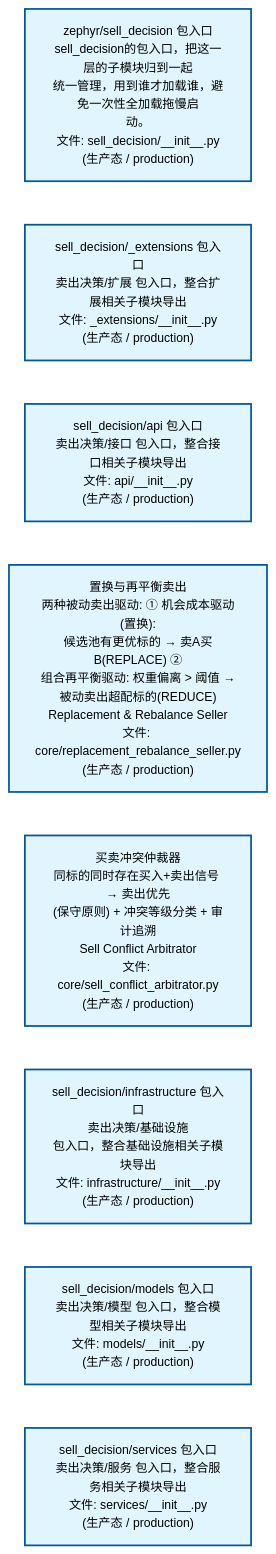
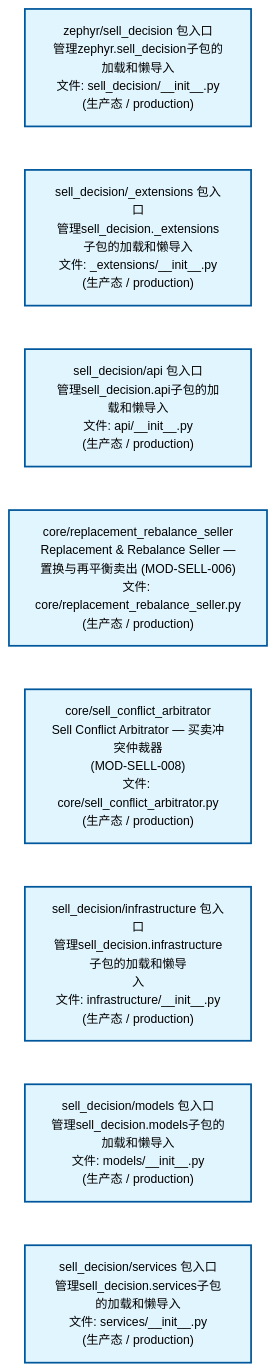
The second of 4 diagrams in docs/02_enterprise_architecture/02_domain_architecture_docs/67_d_sell_decision.md (xuanFelixVan/ZephyrAlpha), drawn with Mermaid before and after one commit. The commit also changed other lines of this file and 50 other files, not shown here.

````diff
--- a/docs/02_enterprise_architecture/02_domain_architecture_docs/67_d_sell_decision.md
+++ b/docs/02_enterprise_architecture/02_domain_architecture_docs/67_d_sell_decision.md
@@ -142,24 +142,24 @@
 ```mermaid
 %%{init: {'theme': 'base', 'themeVariables': {'primaryColor': '#eaeaea', 'primaryTextColor': '#333333', 'primaryBorderColor': '#666666', 'lineColor': '#666666', 'secondaryColor': '#eaeaea', 'tertiaryColor': '#eaeaea', 'fontSize': '14px'}}}%%
 flowchart TD
-    src_zephyr_sell_decision_init_py["zephyr/sell_decision 包入口<br/>sell_decision的包入口，把这一层的子模块归到一起<br/>统一管理，用到谁才加载谁，避免一次性全加载拖慢启<br/>动。<br/>文件: sell_decision/__init__.py<br/>(生产态 / production)"]
-    src_zephyr_sell_decision_extensions_init_py["sell_decision/_extensions 包入口<br/>卖出决策/扩展 包入口，整合扩展相关子模块导出<br/>文件: _extensions/__init__.py<br/>(生产态 / production)"]
-    src_zephyr_sell_decision_api_init_py["sell_decision/api 包入口<br/>卖出决策/接口 包入口，整合接口相关子模块导出<br/>文件: api/__init__.py<br/>(生产态 / production)"]
-    src_zephyr_sell_decision_core_replacement_rebalance_seller_py["置换与再平衡卖出<br/>两种被动卖出驱动: ① 机会成本驱动(置换):<br/>候选池有更优标的 → 卖A买B(REPLACE) ②<br/>组合再平衡驱动: 权重偏离 > 阈值 →<br/>被动卖出超配标的(REDUCE)<br/>Replacement & Rebalance Seller<br/>文件: core/replacement_rebalance_seller.py<br/>(生产态 / production)"]
-    src_zephyr_sell_decision_core_sell_conflict_arbitrator_py["买卖冲突仲裁器<br/>同标的同时存在买入+卖出信号 → 卖出优先<br/>(保守原则) + 冲突等级分类 + 审计追溯<br/>Sell Conflict Arbitrator<br/>文件: core/sell_conflict_arbitrator.py<br/>(生产态 / production)"]
-    src_zephyr_sell_decision_infrastructure_init_py["sell_decision/infrastructure 包入口<br/>卖出决策/基础设施<br/>包入口，整合基础设施相关子模块导出<br/>文件: infrastructure/__init__.py<br/>(生产态 / production)"]
-    src_zephyr_sell_decision_models_init_py["sell_decision/models 包入口<br/>卖出决策/模型 包入口，整合模型相关子模块导出<br/>文件: models/__init__.py<br/>(生产态 / production)"]
-    src_zephyr_sell_decision_services_init_py["sell_decision/services 包入口<br/>卖出决策/服务 包入口，整合服务相关子模块导出<br/>文件: services/__init__.py<br/>(生产态 / production)"]
+    src_zephyr_sell_decision_init_py["zephyr/sell_decision 包入口<br/>管理zephyr.sell_decision子包的加载和懒导入<br/>文件: sell_decision/__init__.py<br/>(生产态 / production)"]
+    src_zephyr_sell_decision_extensions_init_py["sell_decision/_extensions 包入口<br/>管理sell_decision._extensions子包的加载和懒导入<br/>文件: _extensions/__init__.py<br/>(生产态 / production)"]
+    src_zephyr_sell_decision_api_init_py["sell_decision/api 包入口<br/>管理sell_decision.api子包的加载和懒导入<br/>文件: api/__init__.py<br/>(生产态 / production)"]
+    src_zephyr_sell_decision_core_replacement_rebalance_seller_py["core/replacement_rebalance_seller<br/>Replacement & Rebalance Seller —<br/>置换与再平衡卖出 (MOD-SELL-006)<br/>文件: core/replacement_rebalance_seller.py<br/>(生产态 / production)"]
+    src_zephyr_sell_decision_core_sell_conflict_arbitrator_py["core/sell_conflict_arbitrator<br/>Sell Conflict Arbitrator — 买卖冲突仲裁器<br/>(MOD-SELL-008)<br/>文件: core/sell_conflict_arbitrator.py<br/>(生产态 / production)"]
+    src_zephyr_sell_decision_infrastructure_init_py["sell_decision/infrastructure 包入口<br/>管理sell_decision.infrastructure子包的加载和懒导<br/>入<br/>文件: infrastructure/__init__.py<br/>(生产态 / production)"]
+    src_zephyr_sell_decision_models_init_py["sell_decision/models 包入口<br/>管理sell_decision.models子包的加载和懒导入<br/>文件: models/__init__.py<br/>(生产态 / production)"]
+    src_zephyr_sell_decision_services_init_py["sell_decision/services 包入口<br/>管理sell_decision.services子包的加载和懒导入<br/>文件: services/__init__.py<br/>(生产态 / production)"]
     src_zephyr_sell_decision_init_py ~~~ src_zephyr_sell_decision_extensions_init_py
     src_zephyr_sell_decision_extensions_init_py ~~~ src_zephyr_sell_decision_api_init_py
     src_zephyr_sell_decision_api_init_py ~~~ src_zephyr_sell_decision_core_replacement_rebalance_seller_py
     src_zephyr_sell_decision_core_replacement_rebalance_seller_py ~~~ src_zephyr_sell_decision_core_sell_conflict_arbitrator_py
     src_zephyr_sell_decision_core_sell_conflict_arbitrator_py ~~~ src_zephyr_sell_decision_infrastructure_init_py
     src_zephyr_sell_decision_infrastructure_init_py ~~~ src_zephyr_sell_decision_models_init_py
     src_zephyr_sell_decision_models_init_py ~~~ src_zephyr_sell_decision_services_init_py
     classDef production fill:#e1f5fe,stroke:#01579b,stroke-width:2px,color:#000
     classDef design fill:#fff3e0,stroke:#e65100,stroke-width:2px,color:#000,stroke-dasharray: 5 5
     classDef external_prod fill:#e8f4fd,stroke:#0277bd,stroke-width:1px,color:#000
     classDef external_design fill:#fff8e7,stroke:#ef6c00,stroke-width:1px,color:#000,stroke-dasharray: 5 5
     class src_zephyr_sell_decision_init_py,src_zephyr_sell_decision_extensions_init_py,src_zephyr_sell_decision_api_init_py,src_zephyr_sell_decision_core_replacement_rebalance_seller_py,src_zephyr_sell_decision_core_sell_conflict_arbitrator_py,src_zephyr_sell_decision_infrastructure_init_py,src_zephyr_sell_decision_models_init_py,src_zephyr_sell_decision_services_init_py production
 ```
````
